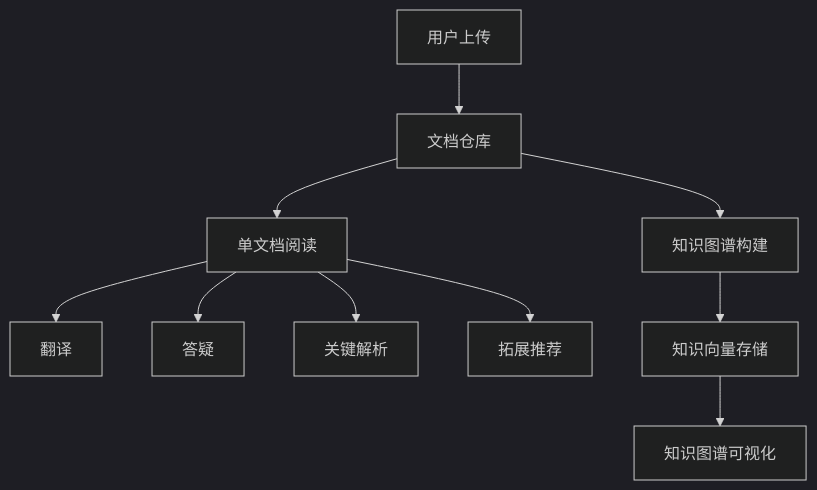
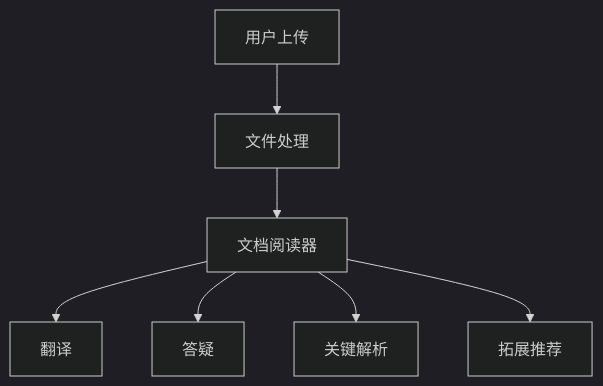
One commit to kkkknigh/python_ changed the first of 2 diagrams in README.md. Above: the diagram before and after it, drawn with Mermaid (dark theme). The commit also changed other lines of this file and 12 other files, not shown here.

```diff
--- a/README.md
+++ b/README.md
@@ -9,14 +9,10 @@
 ~~~mermaid
 graph TD
-A[用户上传] --> B[文档仓库]
-B --> C1[单文档阅读]
-C1 --> D[翻译]
-C1 --> G[答疑]
-C1 --> E[关键解析]
-C1 --> F[拓展推荐]
+A[用户上传] --> B[文件处理]
+B --> C[文档阅读器]
+C --> D[翻译]
+C --> G[答疑]
+C --> E[关键解析]
+C --> F[拓展推荐]
 
-
-B --> C2[知识图谱构建]
-C2 --> H[知识向量存储]
-H --> I[知识图谱可视化]
 ~~~
```
